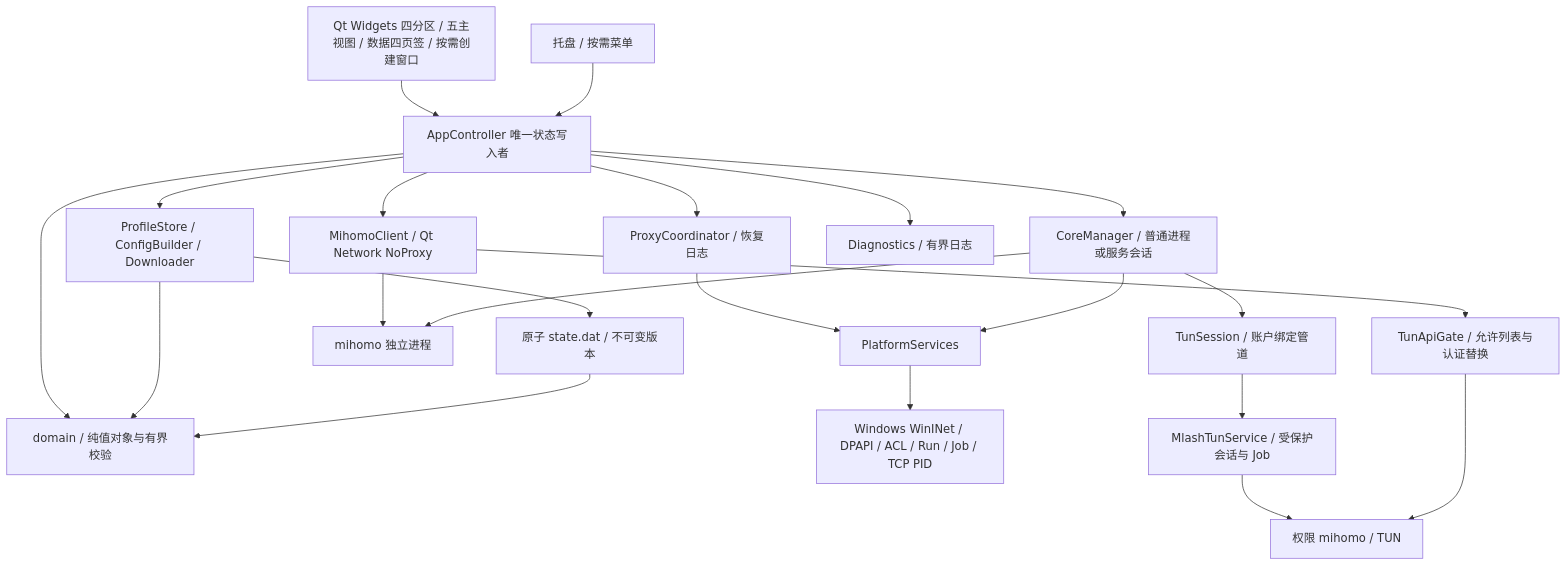
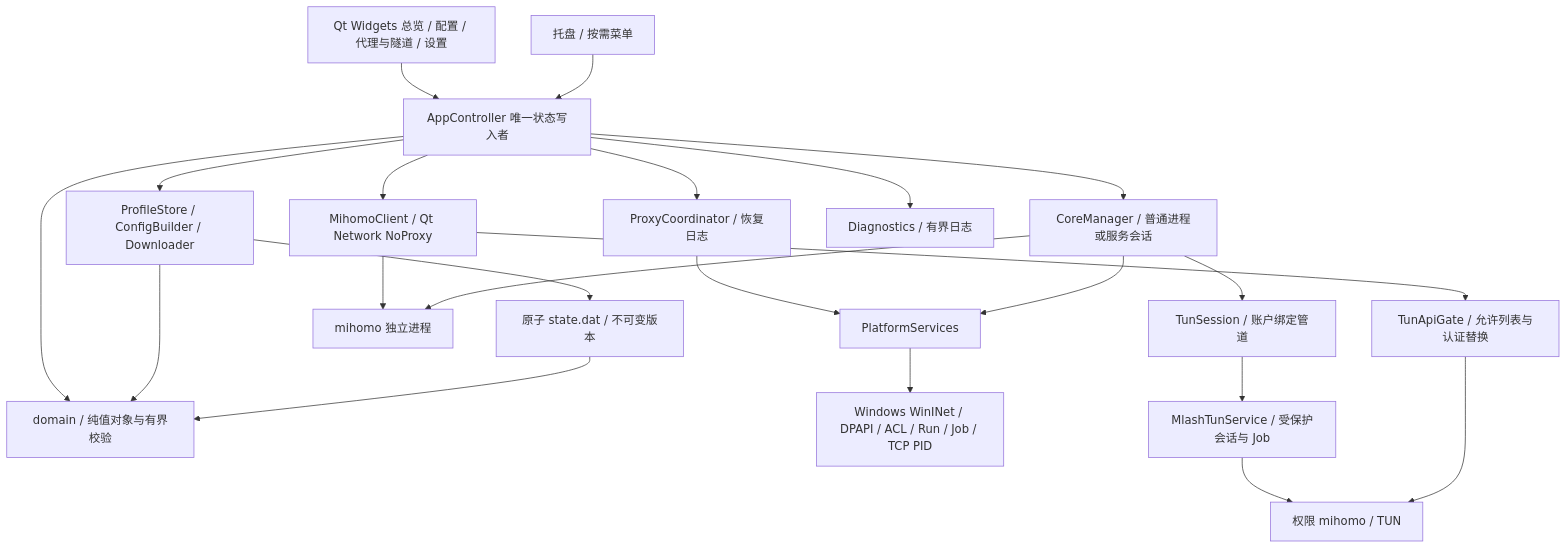
Before and after one commit to downdone/mlash: the diagram in docs/architecture.md, drawn with Mermaid. The commit also changed other lines of this file and 13 other files, not shown here.

First line of the commit message:
docs: record architecture principles, gates and verification evidence

````diff
--- a/docs/architecture.md
+++ b/docs/architecture.md
@@ -11,25 +11,25 @@
 ```mermaid
 flowchart TD
   Domain[domain / 纯值对象与有界校验]
-  UI[Qt Widgets 四分区 / 五主视图 / 数据四页签 / 按需创建窗口] --> C[AppController 唯一状态写入者]
+  UI[Qt Widgets 总览 / 配置 / 代理与隧道 / 设置] --> C[AppController 唯一状态写入者]
   C --> Domain
   P --> Domain
   S --> Domain
   Tray[托盘 / 按需菜单] --> C
   C --> API[MihomoClient / Qt Network NoProxy]
   C --> CM[CoreManager / 普通进程或服务会话]
   C --> P[ProfileStore / ConfigBuilder / Downloader]
   C --> R[ProxyCoordinator / 恢复日志]
   C --> D[Diagnostics / 有界日志]
   P --> S[原子 state.dat / 不可变版本]
   R --> OS[PlatformServices]
   CM --> OS
   OS --> W[Windows WinINet / DPAPI / ACL / Run / Job / TCP PID]
   API --> Core[mihomo 独立进程]
   CM --> Core
   CM --> TS[TunSession / 账户绑定管道]
   TS --> SVC[MlashTunService / 受保护会话与 Job]
   SVC --> TC[权限 mihomo / TUN]
   API --> Gate[TunApiGate / 允许列表与认证替换]
   Gate --> TC
 ```
````
